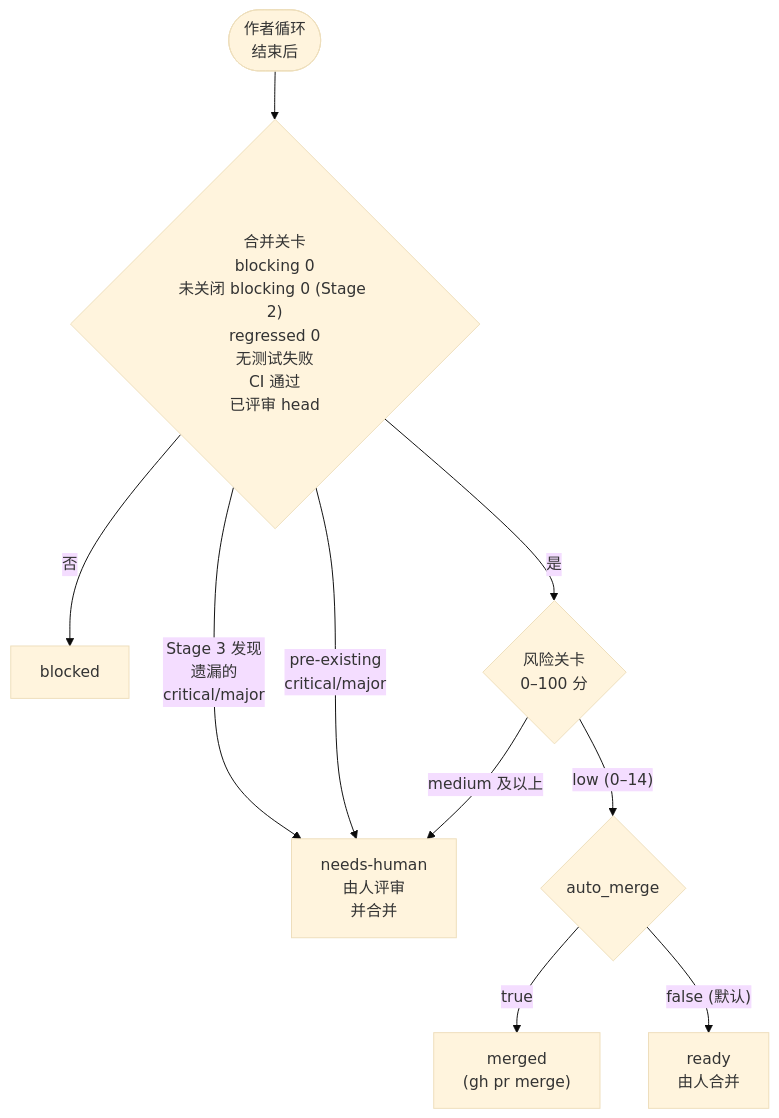
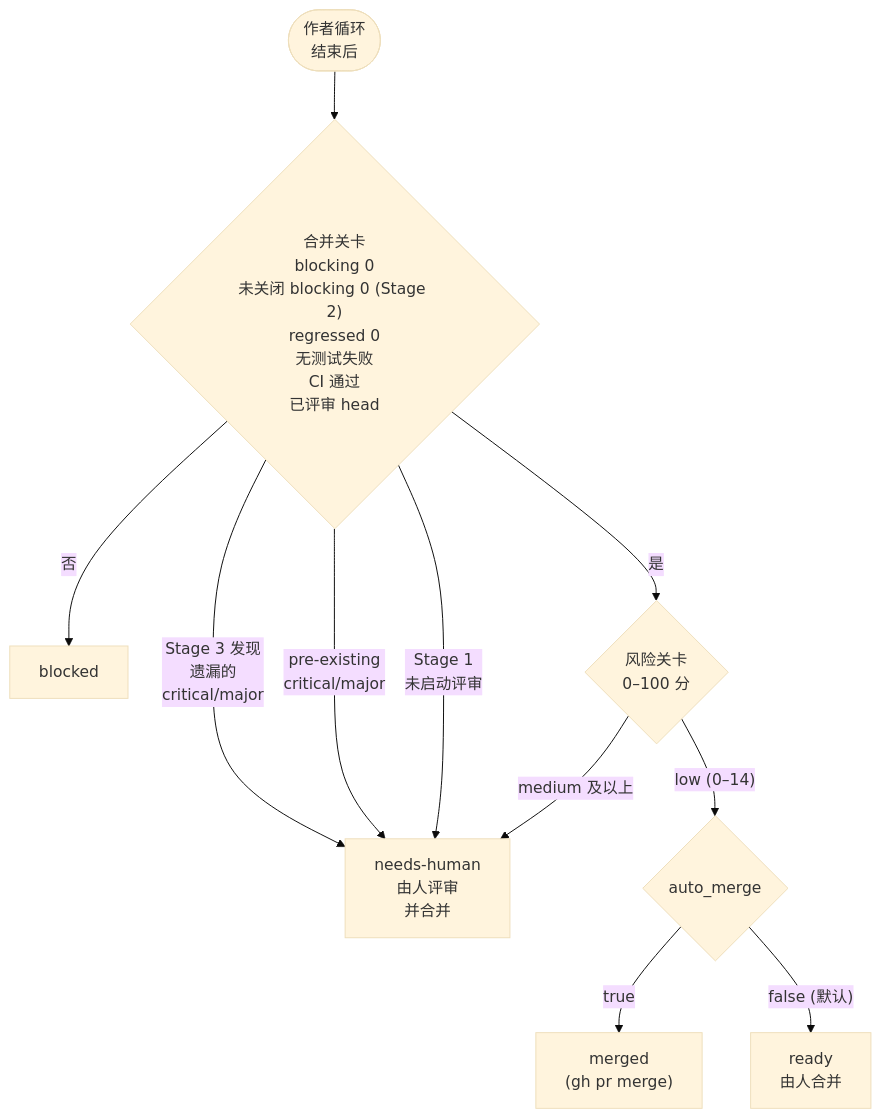
The fourth of 5 diagrams in README.zh-CN.md (thswlsqls/pr-quorum), drawn with Mermaid (base theme) before and after one commit. The commit also changed other lines of this file and 1 other file, not shown here.

````diff
--- a/README.zh-CN.md
+++ b/README.zh-CN.md
@@ -111,12 +111,13 @@
 ```mermaid
 flowchart TD
   G(["作者循环<br/>结束后"]) --> MG{"合并关卡<br/>blocking 0<br/>未关闭 blocking 0 (Stage 2)<br/>regressed 0<br/>无测试失败<br/>CI 通过<br/>已评审 head"}
   MG -- "否" --> B[blocked]
   MG -- "Stage 3 发现<br/>遗漏的<br/>critical/major" --> H
   MG -- "pre-existing<br/>critical/major" --> H
+  MG -- "Stage 1<br/>未启动评审" --> H
   MG -- "是" --> RG{"风险关卡<br/>0–100 分"}
   RG -- "low (0–14)" --> A{"auto_merge"}
   A -- true --> M["merged<br/>(gh pr merge)"]
   A -- "false (默认)" --> R["ready<br/>由人合并"]
   RG -- "medium 及以上" --> H["needs-human<br/>由人评审<br/>并合并"]
 ```
````
